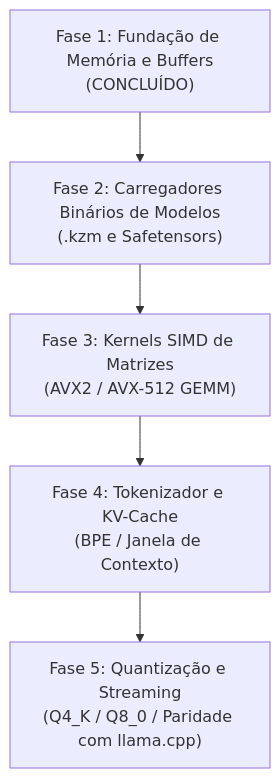
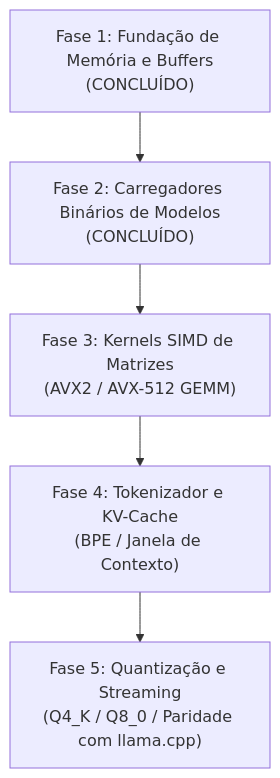
The diagram in docs/AI_ENGINE_ROADMAP.pt-BR.md (kazlang/kaz), drawn with Mermaid before and after one commit. The commit also changed other lines of this file and 2 other files, not shown here.

````diff
--- a/docs/AI_ENGINE_ROADMAP.pt-BR.md
+++ b/docs/AI_ENGINE_ROADMAP.pt-BR.md
@@ -20,7 +20,7 @@
 ```mermaid
 flowchart TD
-    M1["Fase 1: Fundação de Memória e Buffers<br/>(CONCLUÍDO)"] --> M2["Fase 2: Carregadores Binários de Modelos<br/>(.kzm e Safetensors)"]
+    M1["Fase 1: Fundação de Memória e Buffers<br/>(CONCLUÍDO)"] --> M2["Fase 2: Carregadores Binários de Modelos<br/>(CONCLUÍDO)"]
     M2 --> M3["Fase 3: Kernels SIMD de Matrizes<br/>(AVX2 / AVX-512 GEMM)"]
     M3 --> M4["Fase 4: Tokenizador e KV-Cache<br/>(BPE / Janela de Contexto)"]
     M4 --> M5["Fase 5: Quantização e Streaming<br/>(Q4_K / Q8_0 / Paridade com llama.cpp)"]
 ```
````
